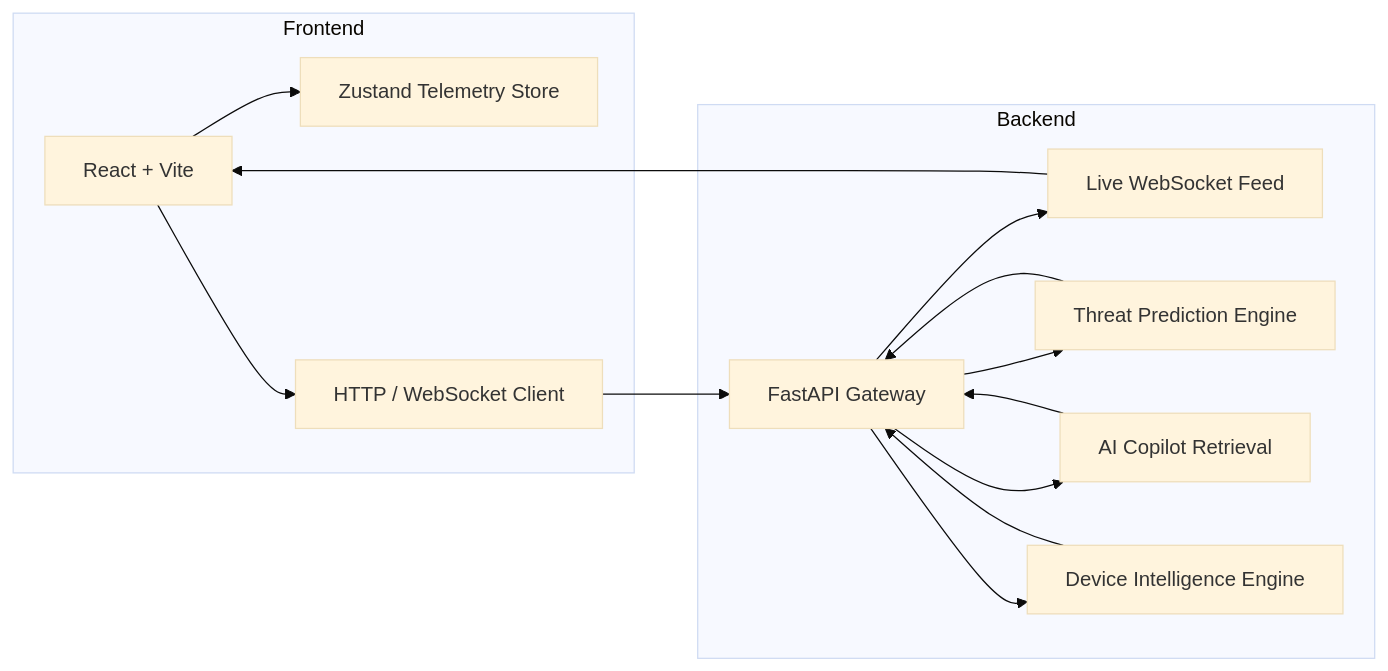
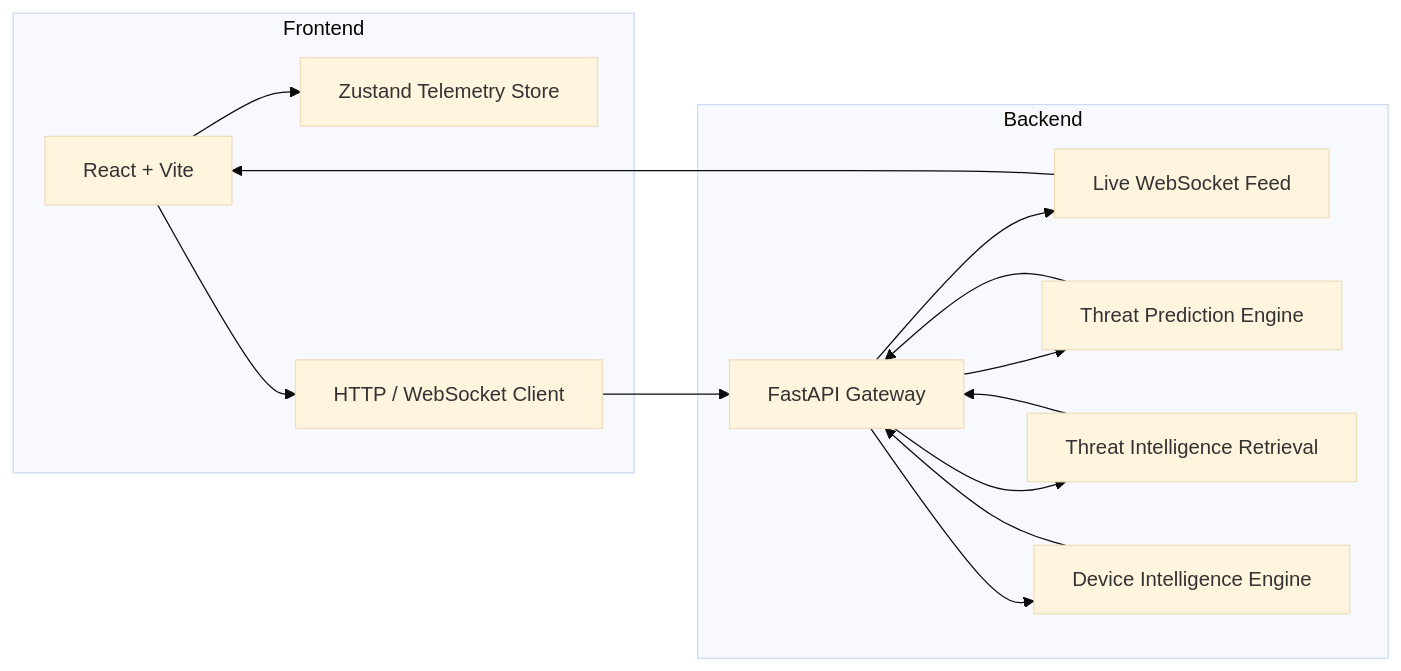
One commit to Sakshisrivastava01/cyber_threatdangen changed the diagram in docs/architecture.md. Above: the diagram before and after it, drawn with Mermaid (base theme). The commit also changed other lines of this file and 45 other files, not shown here.

Commit message:
feat: complete cyber security landing page, auth flow, and dashboard foundation

````diff
--- a/docs/architecture.md
+++ b/docs/architecture.md
@@ -14,20 +14,20 @@
 ```mermaid
 flowchart LR
   subgraph Frontend
     UI[React + Vite] --> Store[Zustand Telemetry Store]
     UI --> API[HTTP / WebSocket Client]
   end
 
   subgraph Backend
     API --> Gateway[FastAPI Gateway]
     Gateway --> Websocket[Live WebSocket Feed]
     Gateway --> ML[Threat Prediction Engine]
-    Gateway --> RAG[AI Copilot Retrieval]
+    Gateway --> RAG[Threat Intelligence Retrieval]
     Gateway --> Device[Device Intelligence Engine]
   end
 
   Websocket --> UI
   ML --> Gateway
   RAG --> Gateway
   Device --> Gateway
 ```
````
